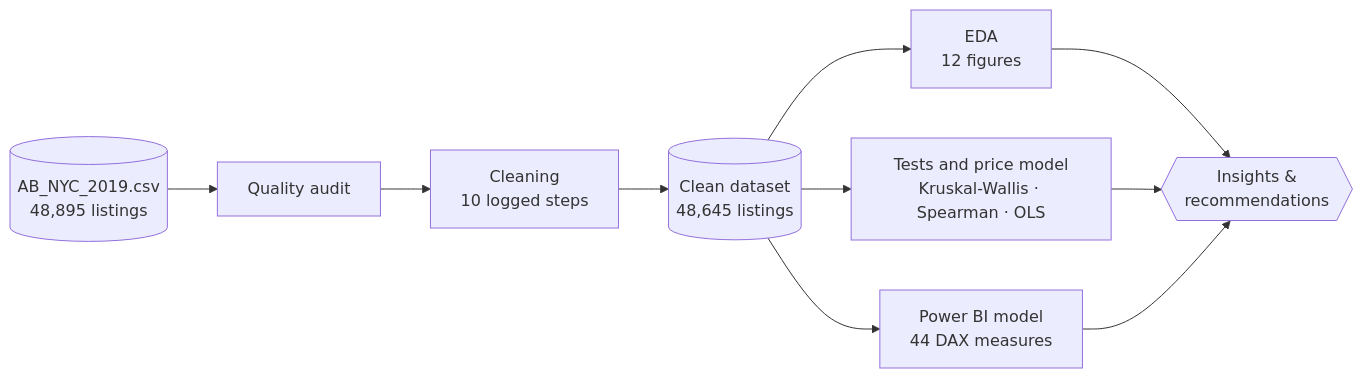
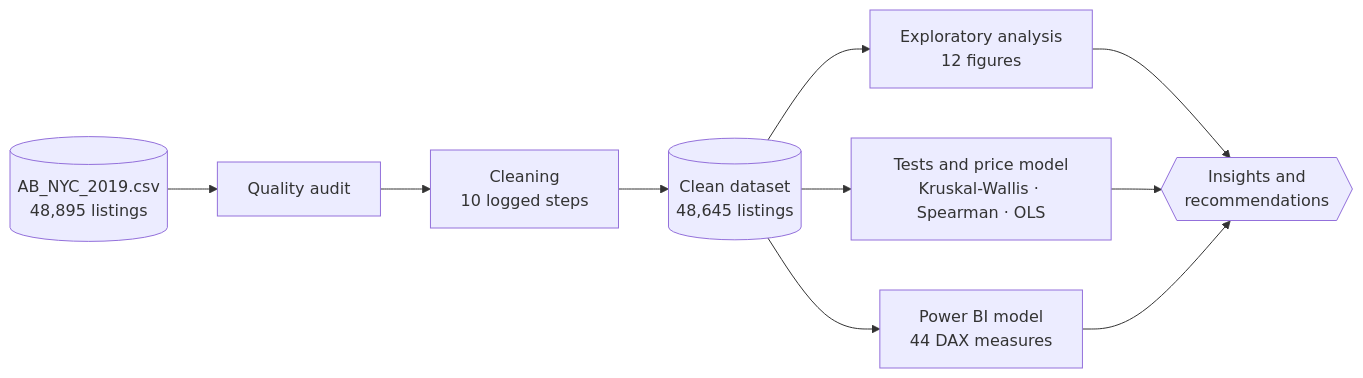
One commit to koffifidelek59-collab/nyc-airbnb-analytics changed the diagram in README.md. Above: the diagram before and after it, drawn with Mermaid. The commit also changed other lines of this file, not shown here.

````diff
--- a/README.md
+++ b/README.md
@@ -131,12 +106,10 @@
 ```mermaid
 flowchart LR
     A[(AB_NYC_2019.csv<br/>48,895 listings)] --> B[Quality audit]
     B --> C[Cleaning<br/>10 logged steps]
     C --> D[(Clean dataset<br/>48,645 listings)]
-    D --> E[EDA<br/>12 figures]
+    D --> E[Exploratory analysis<br/>12 figures]
     D --> F[Tests and price model<br/>Kruskal-Wallis · Spearman · OLS]
     D --> G[Power BI model<br/>44 DAX measures]
-    E --> H{{Insights &<br/>recommendations}}
-    F --> H
-    G --> H
+    E & F & G --> H{{Insights and<br/>recommendations}}
 ```
````
